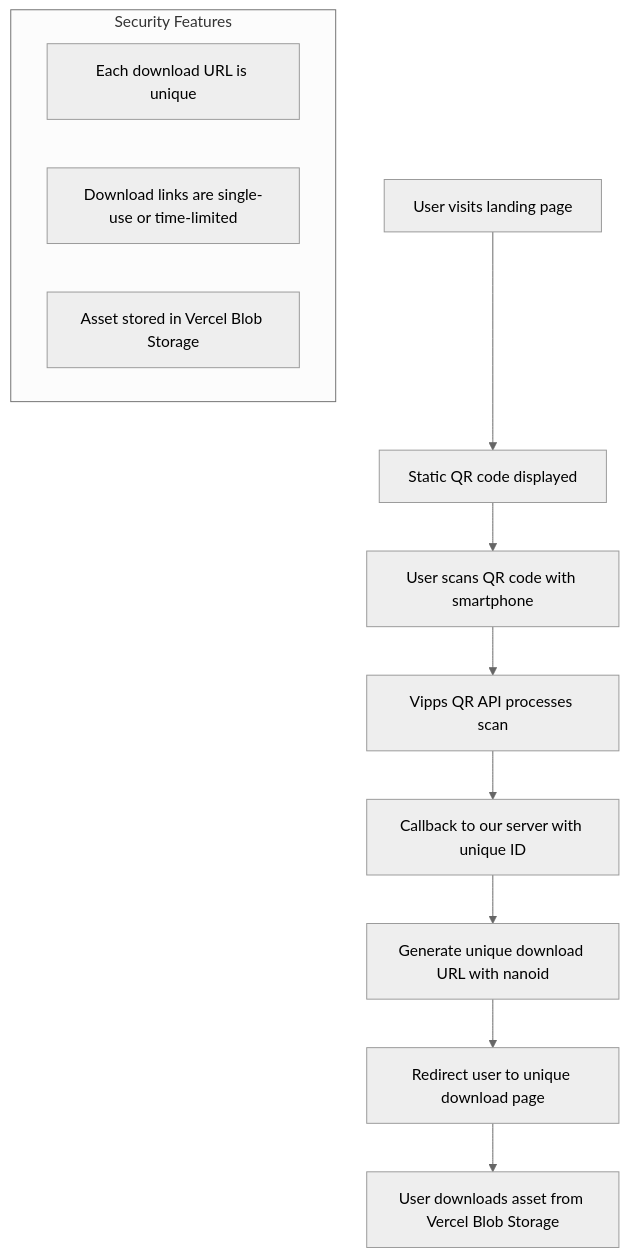
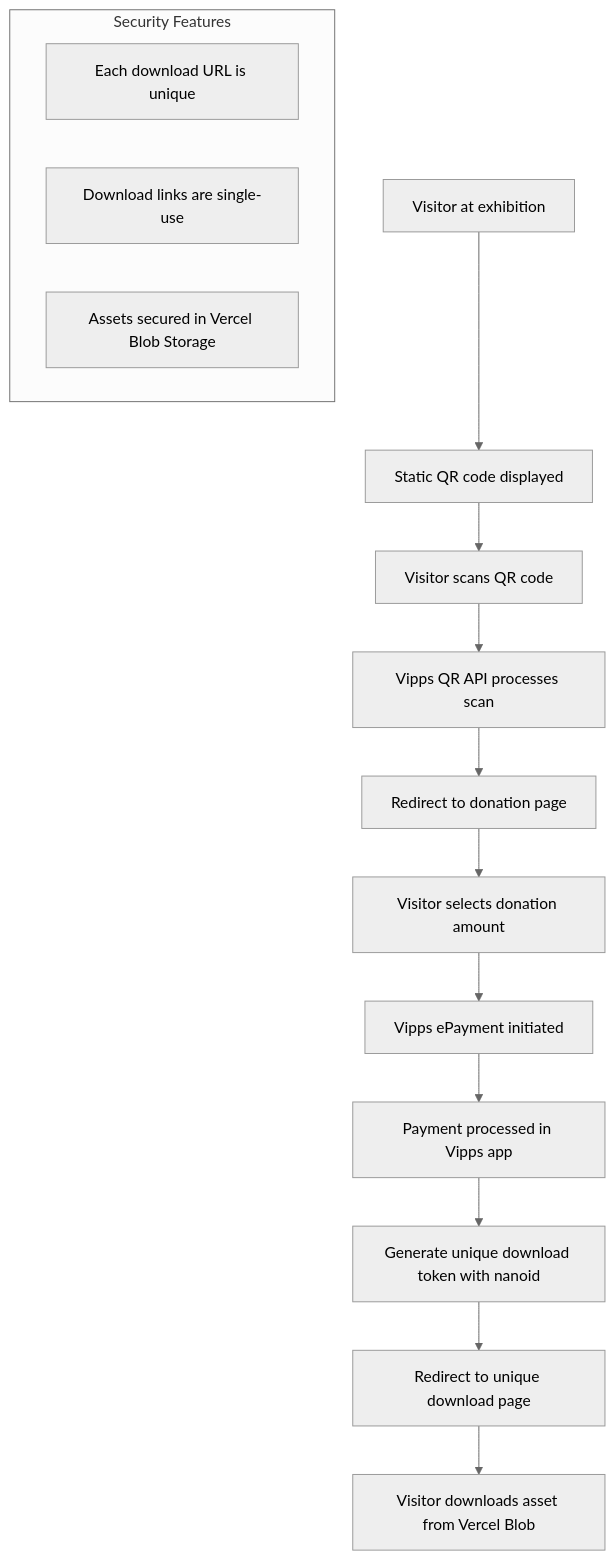
The second of 3 diagrams in README.md (joaodotwork/kh-khalid-albaih-refresh), drawn with Mermaid (neutral theme) before and after one commit. The commit also changed other lines of this file and 9 other files, not shown here.

First line of the commit message:
Update README with enhanced user journey and sequence diagrams

````diff
--- a/README.md
+++ b/README.md
@@ -28,16 +28,19 @@
 ```mermaid
 flowchart TD
-    A[User visits landing page] --> B[Static QR code displayed]
-    B --> C[User scans QR code with smartphone]
+    A[Visitor at exhibition] --> B[Static QR code displayed]
+    B --> C[Visitor scans QR code]
     C --> D[Vipps QR API processes scan]
-    D --> E[Callback to our server with unique ID]
-    E --> F[Generate unique download URL with nanoid]
-    F --> G[Redirect user to unique download page]
-    G --> H[User downloads asset from Vercel Blob Storage]
+    D --> E[Redirect to donation page]
+    E --> F[Visitor selects donation amount]
+    F --> G[Vipps ePayment initiated]
+    G --> H[Payment processed in Vipps app]
+    H --> I[Generate unique download token with nanoid]
+    I --> J[Redirect to unique download page]
+    J --> K[Visitor downloads asset from Vercel Blob]
     
     subgraph "Security Features"
-    I[Each download URL is unique]
-    J[Download links are single-use or time-limited]
-    K[Asset stored in Vercel Blob Storage]
+    L[Each download URL is unique]
+    M[Download links are single-use]
+    N[Assets secured in Vercel Blob Storage]
     end
 ```
````
